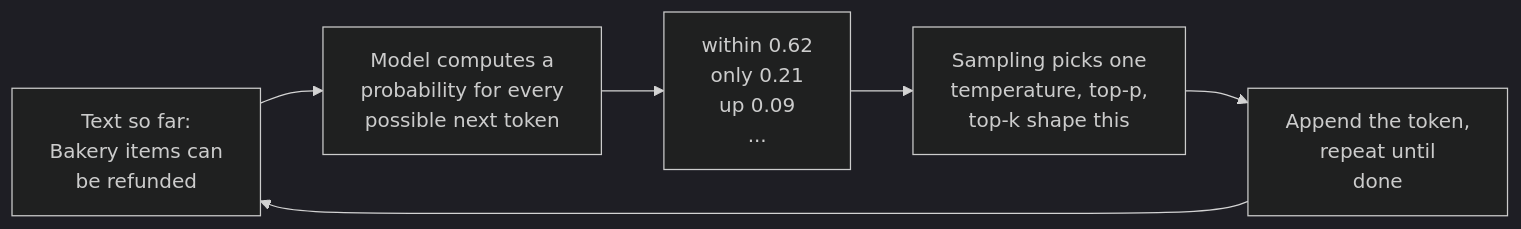
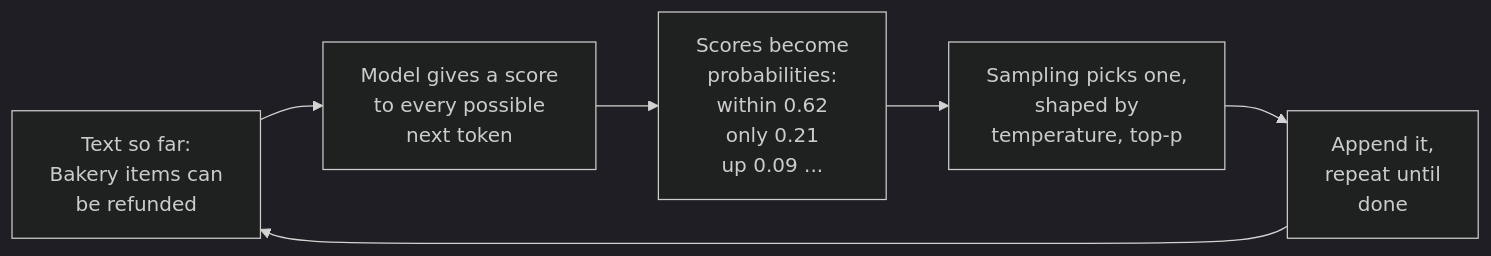
The first of 2 diagrams in src/Data/aiStackDocs/LLM-01.md (shubamchaudhary/CodeNITW), drawn with Mermaid (dark theme) before and after one commit. The commit also changed other lines of this file and 19 other files, not shown here.

````diff
--- a/src/Data/aiStackDocs/LLM-01.md
+++ b/src/Data/aiStackDocs/LLM-01.md
@@ -15,8 +33,8 @@
 ```mermaid
 flowchart LR
-    P["Text so far:<br/>Bakery items can<br/>be refunded"] --> M["Model computes a<br/>probability for every<br/>possible next token"]
-    M --> D["within 0.62<br/>only 0.21<br/>up 0.09<br/>..."]
-    D --> S["Sampling picks one<br/>temperature, top-p,<br/>top-k shape this"]
-    S --> N["Append the token,<br/>repeat until<br/>done"]
+    P["Text so far:<br/>Bakery items can<br/>be refunded"] --> M["Model gives a score<br/>to every possible<br/>next token"]
+    M --> D["Scores become<br/>probabilities:<br/>within 0.62<br/>only 0.21<br/>up 0.09 ..."]
+    D --> S["Sampling picks one,<br/>shaped by<br/>temperature, top-p"]
+    S --> N["Append it,<br/>repeat until<br/>done"]
     N --> P
 ```
````
